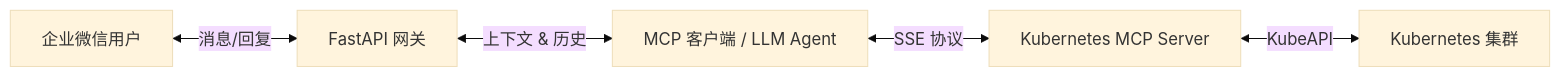
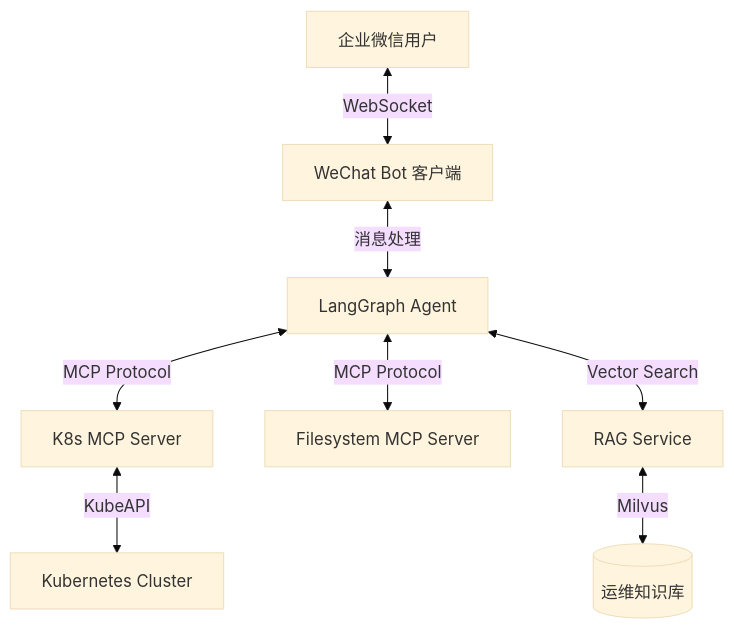
The diagram in README.md (xiong3731/chat2k8s), drawn with Mermaid (base theme) before and after one commit. The commit also changed other lines of this file and 20 other files, not shown here.

````diff
--- a/README.md
+++ b/README.md
@@ -22,7 +26,10 @@
 ```mermaid
-graph LR
-    User[企业微信用户] <-->|消息/回复| API[FastAPI 网关]
-    API <-->|上下文 & 历史| Agent[MCP 客户端 / LLM Agent]
-    Agent <-->|SSE 协议| MCPServer[Kubernetes MCP Server]
-    MCPServer <-->|KubeAPI| K8s[Kubernetes 集群]
+graph TD
+    User[企业微信用户] <-->|WebSocket| Bot[WeChat Bot 客户端]
+    Bot <-->|消息处理| Agent[LangGraph Agent]
+    Agent <-->|MCP Protocol| K8sServer[K8s MCP Server]
+    Agent <-->|MCP Protocol| FSServer[Filesystem MCP Server]
+    Agent <-->|Vector Search| RAG[RAG Service]
+    K8sServer <-->|KubeAPI| Cluster[Kubernetes Cluster]
+    RAG <-->|Milvus| DB[(运维知识库)]
 ```
````
